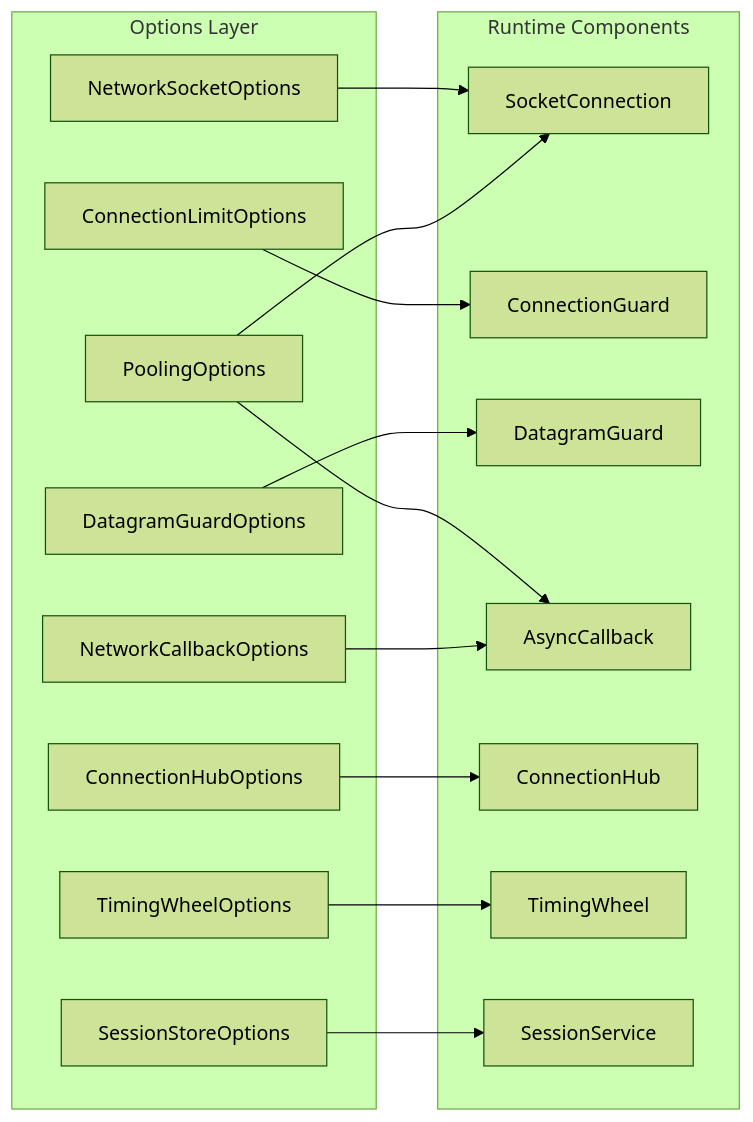
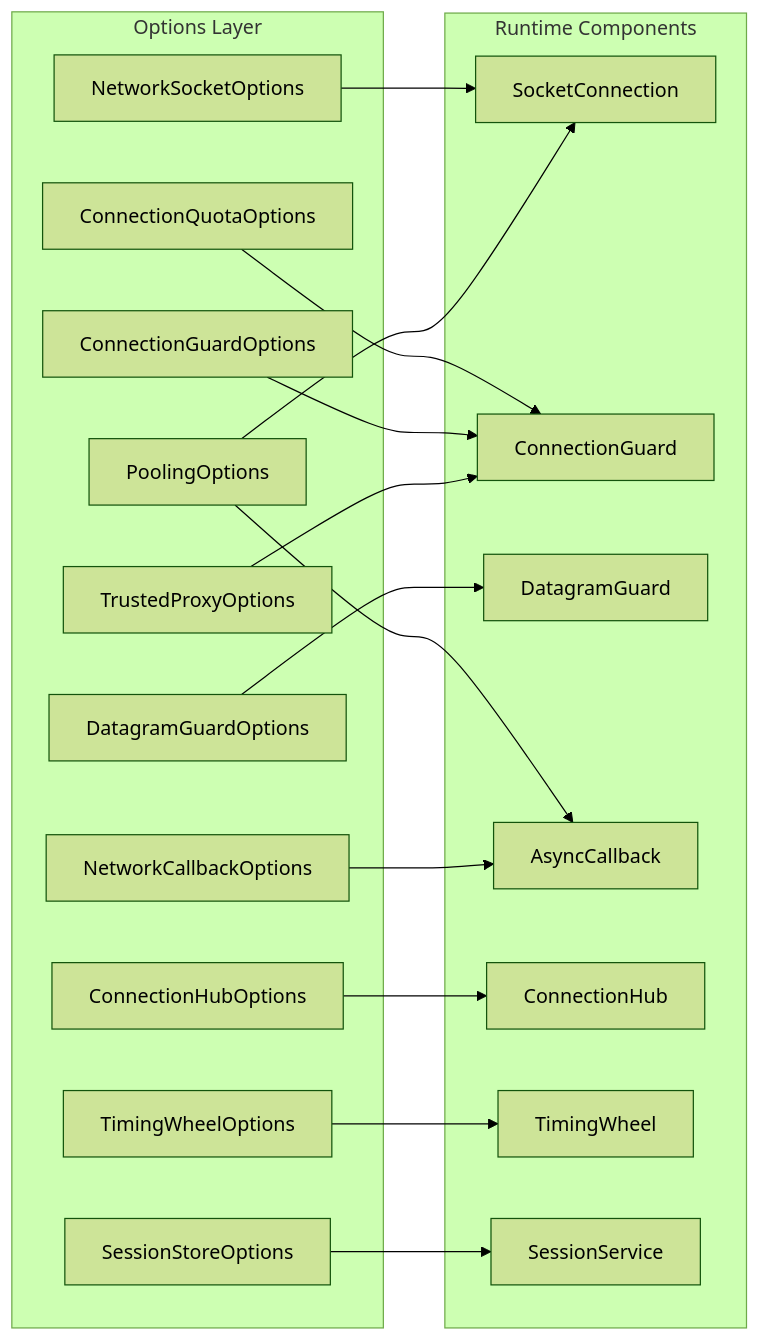
The diagram in docs/api/options/network/options.md (ppn-systems/Nalix), drawn with Mermaid (forest theme) before and after one commit. The commit also changed other lines of this file and 35 other files, not shown here.

First line of the commit message:
feat(network): connection guard persistence (#196)

````diff
--- a/docs/api/options/network/options.md
+++ b/docs/api/options/network/options.md
@@ -9,35 +9,39 @@
 ```mermaid
 flowchart LR
     subgraph Config[Options Layer]
         NSO[NetworkSocketOptions]
         PO[PoolingOptions]
-        CLO[ConnectionLimitOptions]
+        CQO[ConnectionQuotaOptions]
+        CGO[ConnectionGuardOptions]
+        TPO[TrustedProxyOptions]
         DGO[DatagramGuardOptions]
         NCO[NetworkCallbackOptions]
         CHO[ConnectionHubOptions]
         TWO[TimingWheelOptions]
         SSO[SessionStoreOptions]
     end
 
     subgraph Runtime[Runtime Components]
         SC[SocketConnection]
         CG[ConnectionGuard]
         DG[DatagramGuard]
         AC[AsyncCallback]
         Hub[ConnectionHub]
         TW[TimingWheel]
         SS[SessionService]
     end
 
     NSO --> SC
     PO --> SC
     PO --> AC
     
-    CLO --> CG
+    CQO --> CG
+    CGO --> CG
+    TPO --> CG
     DGO --> DG
     NCO --> AC
     
     CHO --> Hub
     TWO --> TW
     SSO --> SS
 ```
````
